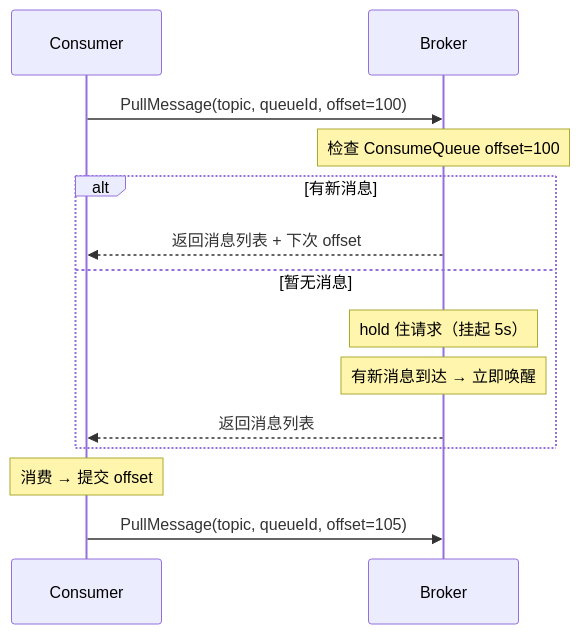
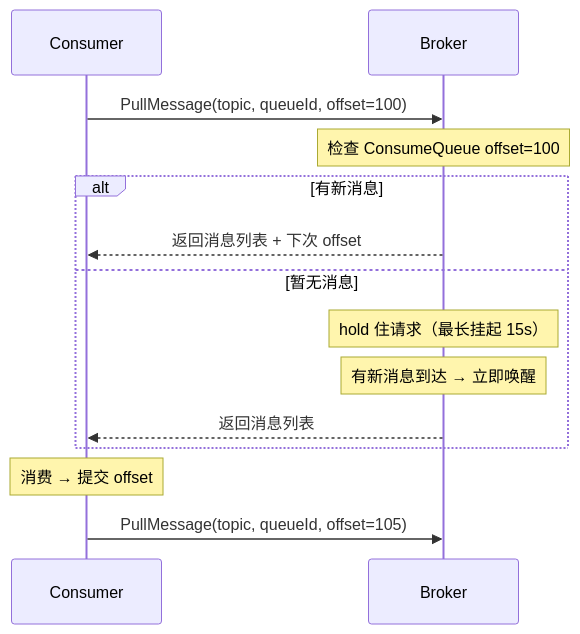
Diagram 11 of 15 in kb/技术/Java/RocketMQ 底层实现原理.md (reallyhwc/ans-ai-auto-notes), drawn with Mermaid before and after one commit. The commit also changed other lines of this file and 18 other files, not shown here.

````diff
--- a/kb/技术/Java/RocketMQ 底层实现原理.md
+++ b/kb/技术/Java/RocketMQ 底层实现原理.md
@@ -710,19 +710,19 @@
 ```mermaid
 sequenceDiagram
     participant C as Consumer
     participant B as Broker
 
     C->>B: PullMessage(topic, queueId, offset=100)
     Note over B: 检查 ConsumeQueue offset=100
 
     alt 有新消息
         B-->>C: 返回消息列表 + 下次 offset
     else 暂无消息
-        Note over B: hold 住请求（挂起 5s）
+        Note over B: hold 住请求（最长挂起 15s）
         Note over B: 有新消息到达 → 立即唤醒
         B-->>C: 返回消息列表
     end
 
     Note over C: 消费 → 提交 offset
     C->>B: PullMessage(topic, queueId, offset=105)
 ```
````
